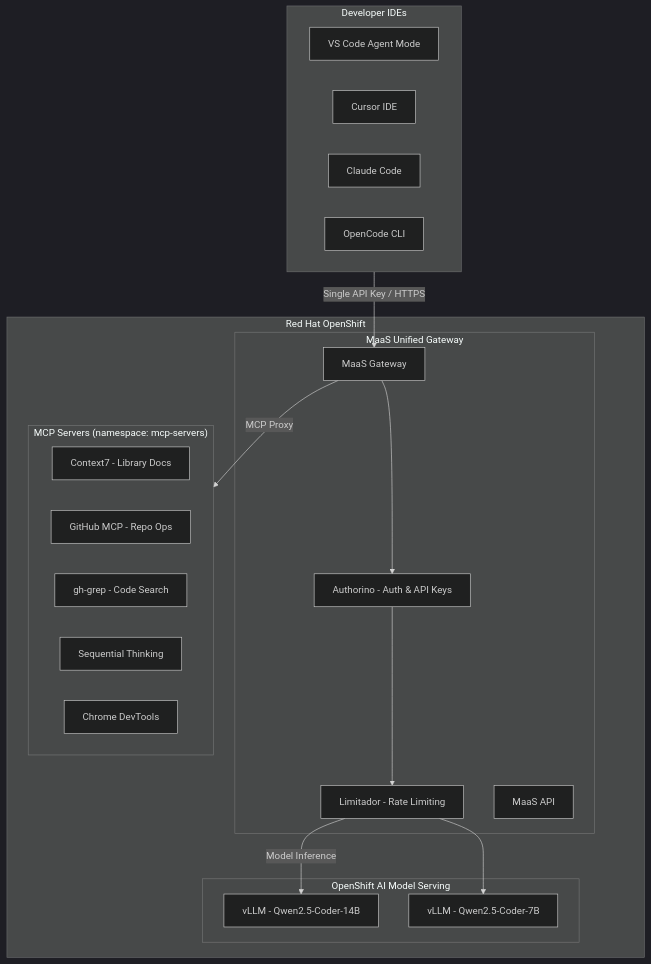
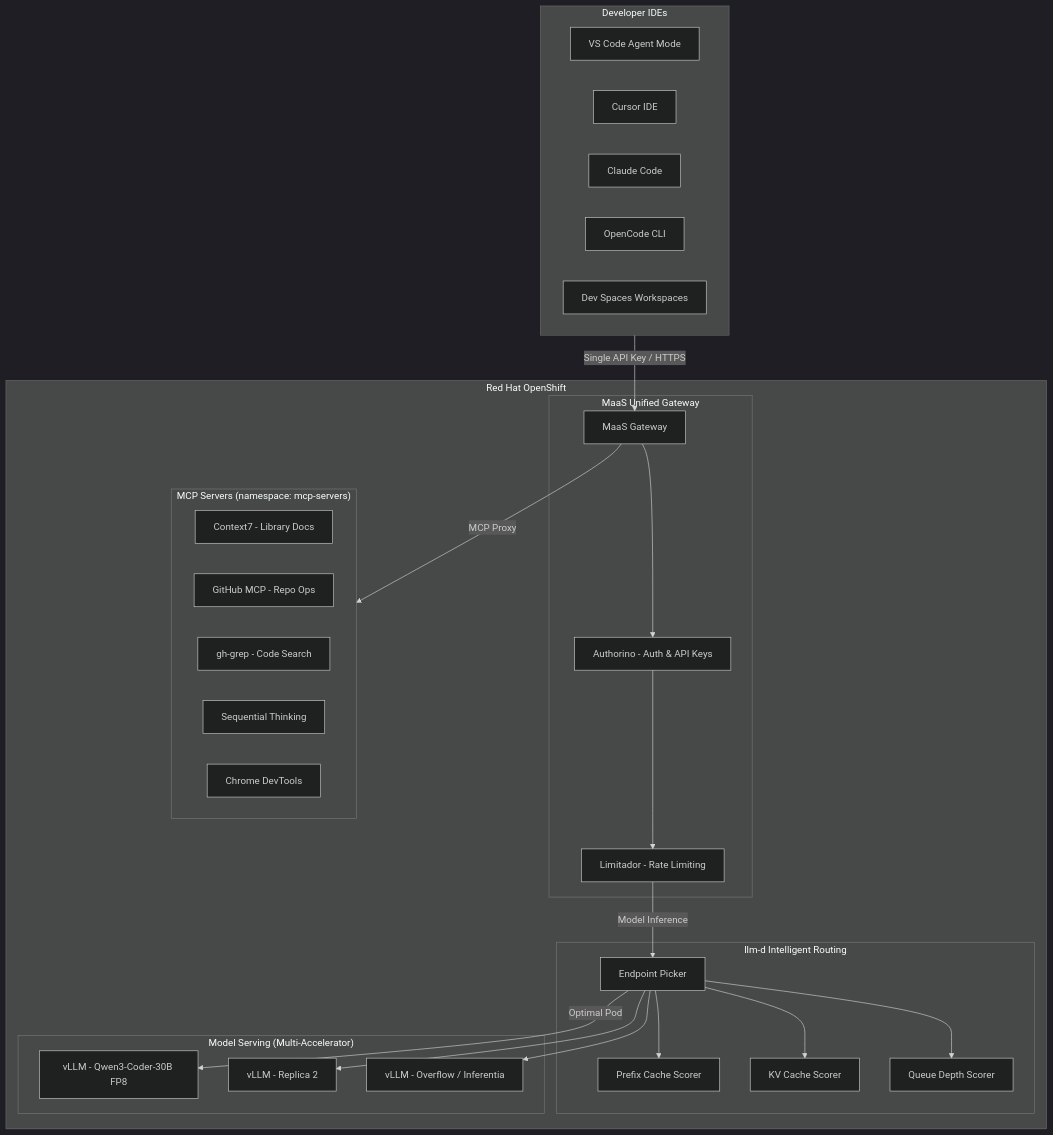
Before and after one commit to hyogrin/rhoai-coding-assistant-lab: the first of 2 diagrams in README.md, drawn with Mermaid (dark theme). The commit also changed other lines of this file and 25 other files, not shown here.

````diff
--- a/README.md
+++ b/README.md
@@ -7,38 +7,51 @@
 ```mermaid
 flowchart TB
     subgraph IDE["Developer IDEs"]
         VSCode[VS Code Agent Mode]
         Cursor[Cursor IDE]
         ClaudeCode[Claude Code]
         OpenCode[OpenCode CLI]
+        DevSpaces[Dev Spaces Workspaces]
     end
 
     subgraph OCP["Red Hat OpenShift"]
         subgraph MaaS["MaaS Unified Gateway"]
             Gateway[MaaS Gateway]
             Auth[Authorino - Auth & API Keys]
             RateLimit[Limitador - Rate Limiting]
-            MaaSAPI[MaaS API]
         end
 
         subgraph MCP["MCP Servers (namespace: mcp-servers)"]
             Context7[Context7 - Library Docs]
             GitHub[GitHub MCP - Repo Ops]
             GHGrep[gh-grep - Code Search]
             SeqThink[Sequential Thinking]
             Chrome[Chrome DevTools]
         end
 
-        subgraph RHOAI["OpenShift AI Model Serving"]
-            vLLM1[vLLM - Qwen2.5-Coder-14B]
-            vLLM2[vLLM - Qwen2.5-Coder-7B]
+        subgraph LLMd["llm-d Intelligent Routing"]
+            EPP[Endpoint Picker]
+            PrefixScorer[Prefix Cache Scorer]
+            KVScorer[KV Cache Scorer]
+            QueueScorer[Queue Depth Scorer]
+        end
+
+        subgraph Inference["Model Serving (Multi-Accelerator)"]
+            vLLM1[vLLM - Qwen3-Coder-30B FP8]
+            vLLM2[vLLM - Replica 2]
+            vLLM3[vLLM - Overflow / Inferentia]
         end
     end
 
     IDE -->|Single API Key / HTTPS| Gateway
     Gateway --> Auth
     Auth --> RateLimit
-    RateLimit -->|Model Inference| vLLM1
-    RateLimit --> vLLM2
+    RateLimit -->|Model Inference| EPP
+    EPP --> PrefixScorer
+    EPP --> KVScorer
+    EPP --> QueueScorer
+    EPP -->|Optimal Pod| vLLM1
+    EPP --> vLLM2
+    EPP --> vLLM3
     Gateway -->|MCP Proxy| MCP
 ```
````
